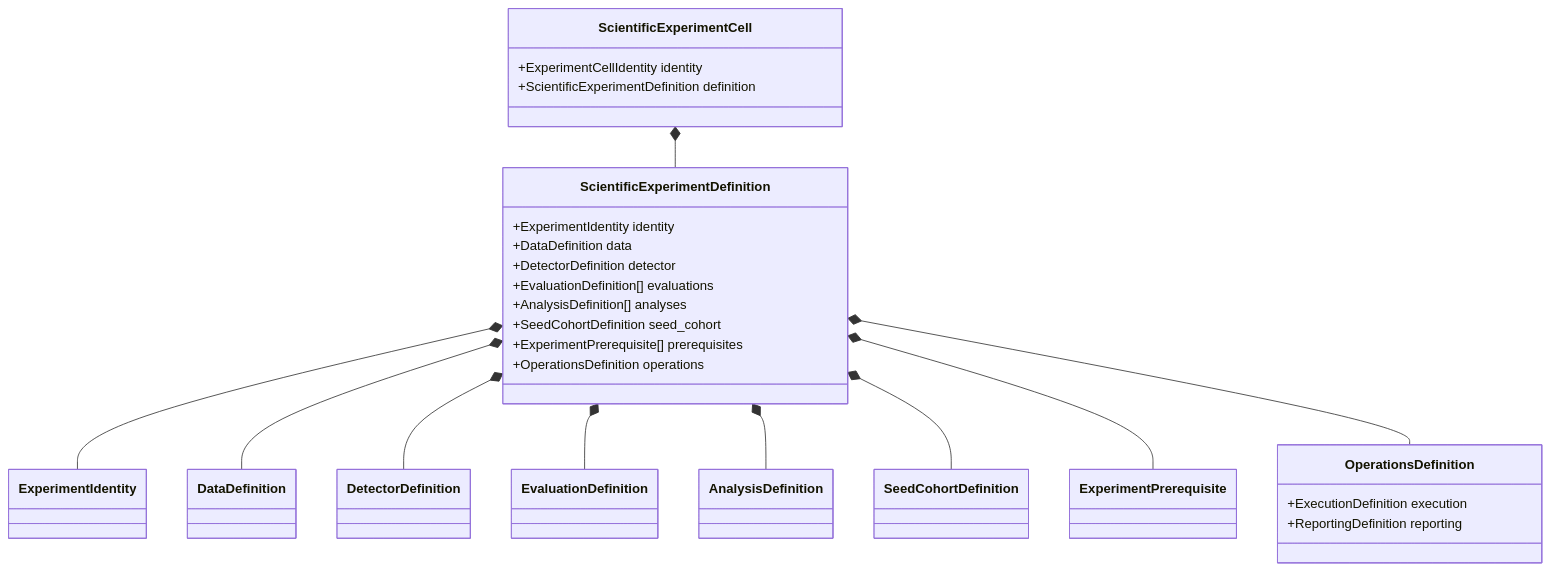
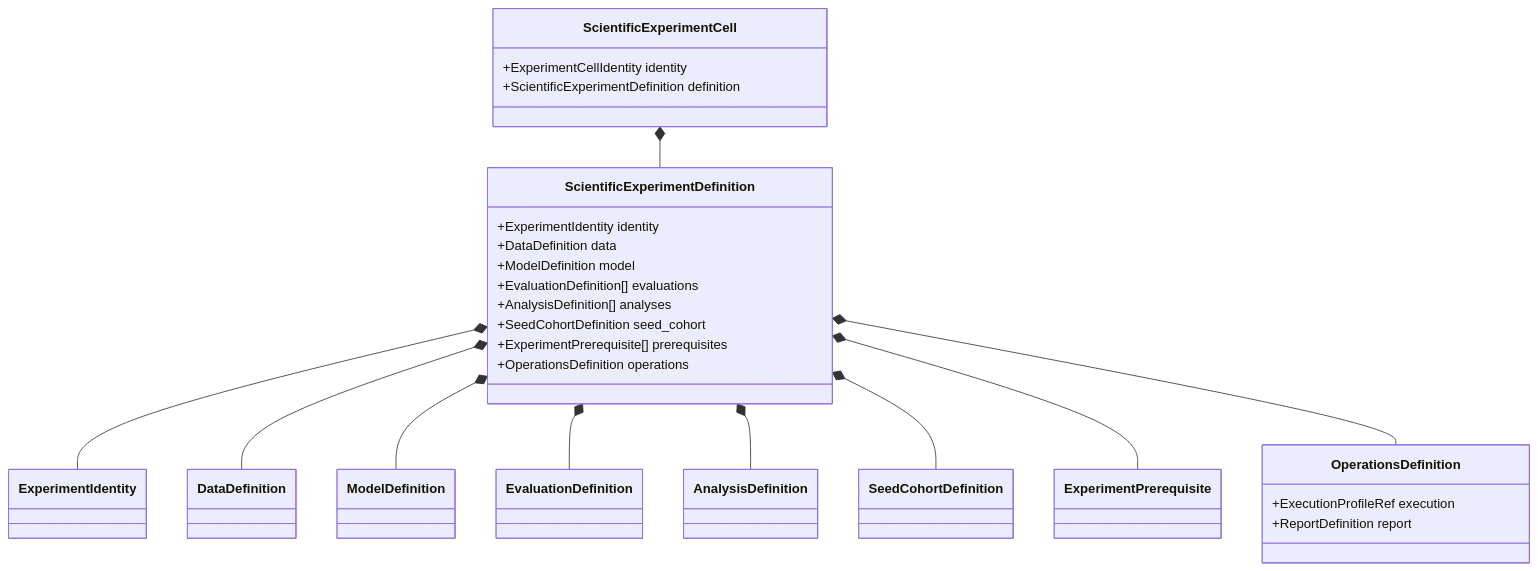
The second of 2 diagrams in docs/Architecture/DOMAIN_AND_APPLICATION_ARCHITECTURE.md (naslouby-salahe/datp-core), drawn with Mermaid before and after one commit. The commit also changed other lines of this file and 6 other files, not shown here.

````diff
--- a/docs/Architecture/DOMAIN_AND_APPLICATION_ARCHITECTURE.md
+++ b/docs/Architecture/DOMAIN_AND_APPLICATION_ARCHITECTURE.md
@@ -847,37 +872,37 @@
 ```mermaid
 classDiagram
     class ScientificExperimentCell {
       +ExperimentCellIdentity identity
       +ScientificExperimentDefinition definition
     }
     class ScientificExperimentDefinition {
       +ExperimentIdentity identity
       +DataDefinition data
-      +DetectorDefinition detector
+      +ModelDefinition model
       +EvaluationDefinition[] evaluations
       +AnalysisDefinition[] analyses
       +SeedCohortDefinition seed_cohort
       +ExperimentPrerequisite[] prerequisites
       +OperationsDefinition operations
     }
     class DataDefinition
-    class DetectorDefinition
+    class ModelDefinition
     class EvaluationDefinition
     class AnalysisDefinition
     class SeedCohortDefinition
     class ExperimentPrerequisite
     class OperationsDefinition {
-      +ExecutionDefinition execution
-      +ReportingDefinition reporting
+      +ExecutionProfileRef execution
+      +ReportDefinition report
     }
     class ExperimentIdentity
     ScientificExperimentCell *-- ScientificExperimentDefinition
     ScientificExperimentDefinition *-- ExperimentIdentity
     ScientificExperimentDefinition *-- DataDefinition
-    ScientificExperimentDefinition *-- DetectorDefinition
+    ScientificExperimentDefinition *-- ModelDefinition
     ScientificExperimentDefinition *-- EvaluationDefinition
     ScientificExperimentDefinition *-- AnalysisDefinition
     ScientificExperimentDefinition *-- SeedCohortDefinition
     ScientificExperimentDefinition *-- ExperimentPrerequisite
     ScientificExperimentDefinition *-- OperationsDefinition
 ```
````
